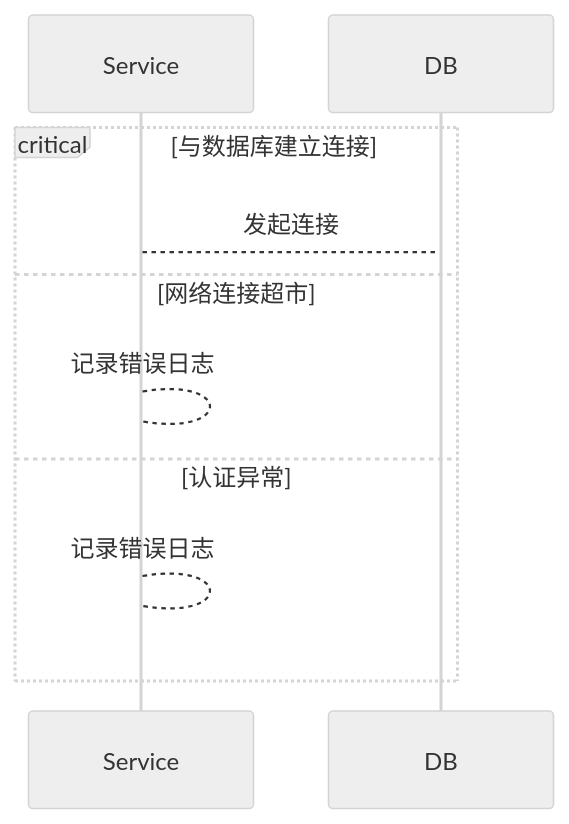
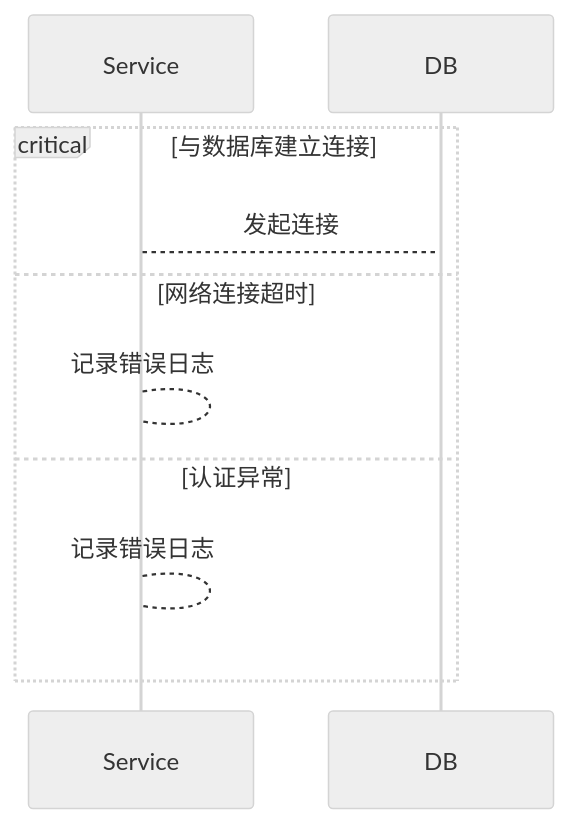
Before and after one commit to superAlibi/notes: the diagram in notes/blogs/mermaid/demo/mermaid/sequence-critical.md, drawn with Mermaid (neutral theme). The commit also changed 4 other files, not shown here.

Commit message:
调整已有的图例词语

````diff
--- a/notes/blogs/mermaid/demo/mermaid/sequence-critical.md
+++ b/notes/blogs/mermaid/demo/mermaid/sequence-critical.md
@@ -3,12 +3,10 @@
 ```mermaid
 sequenceDiagram
     critical 与数据库建立连接
         Service-->DB: 发起连接
-    option 网络连接超市
+    option 网络连接超时
         Service-->Service: 记录错误日志
     option 认证异常
         Service-->Service: 记录错误日志
     end
-
-
 ```
````
